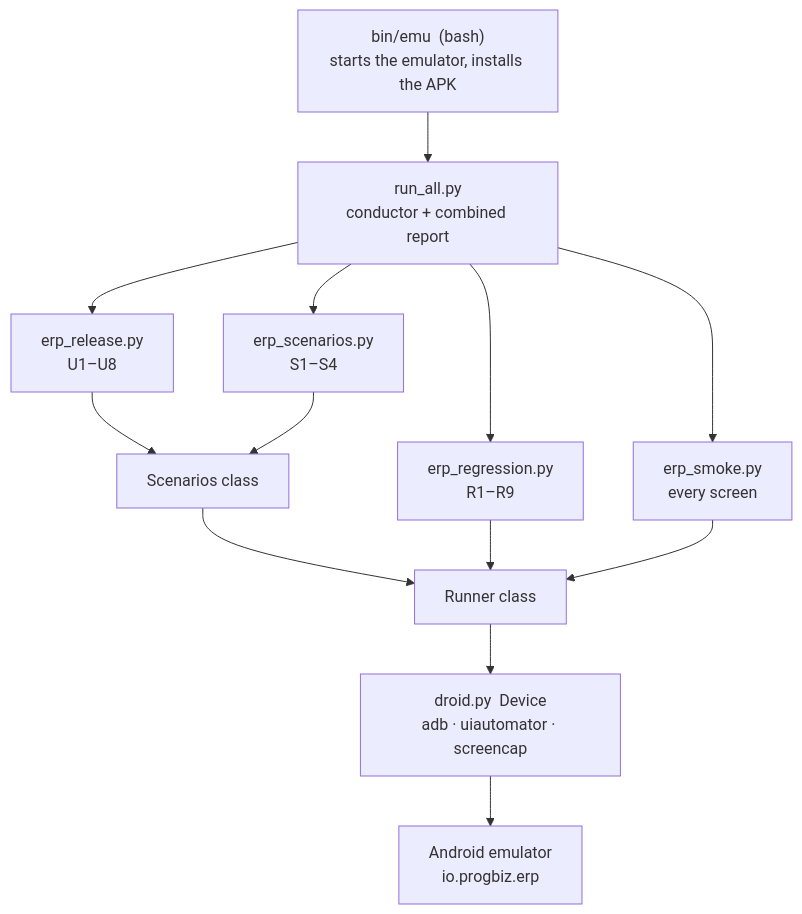
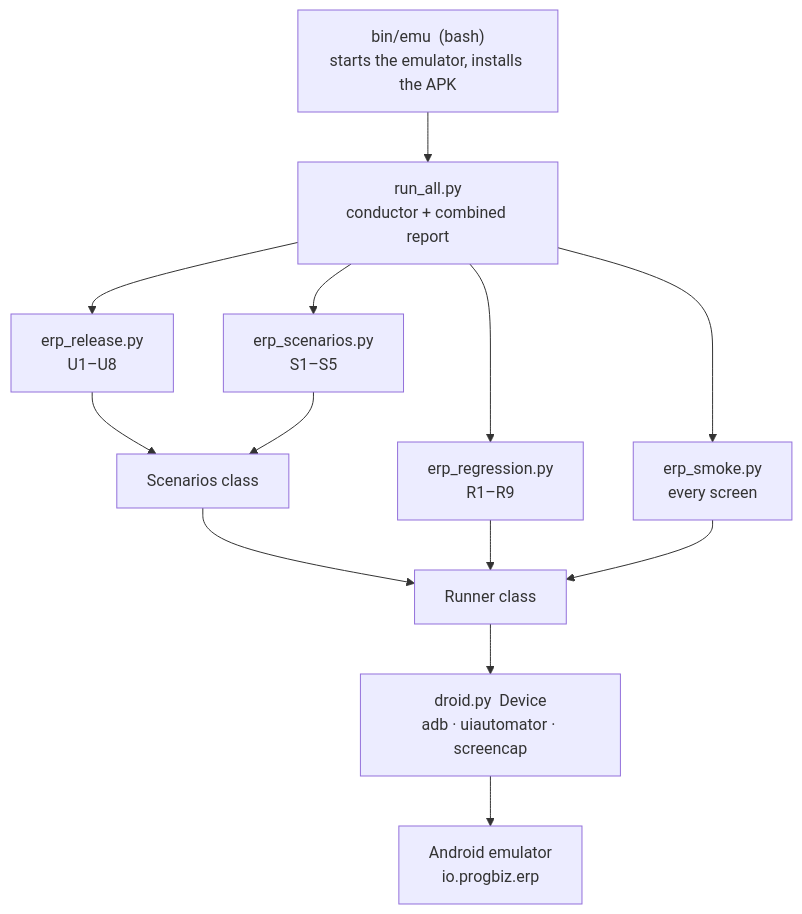
The diagram in mobile/docs/CODE-DETAILS.md (vismayatk/Progbiz-erp-testers), drawn with Mermaid before and after one commit. The commit also changed other lines of this file and 6 other files, not shown here.

First line of the commit message:
Add complaint creation flow (S5) to the mobile emulator tests

````diff
--- a/mobile/docs/CODE-DETAILS.md
+++ b/mobile/docs/CODE-DETAILS.md
@@ -17,15 +17,15 @@
 ```mermaid
 flowchart TD
     emu["bin/emu  (bash)<br/>starts the emulator, installs the APK"] --> runall["run_all.py<br/>conductor + combined report"]
     runall --> rel["erp_release.py<br/>U1–U8"]
-    runall --> crm["erp_scenarios.py<br/>S1–S4"]
+    runall --> crm["erp_scenarios.py<br/>S1–S5"]
     runall --> reg["erp_regression.py<br/>R1–R9"]
     runall --> smk["erp_smoke.py<br/>every screen"]
     rel --> sc[Scenarios class]
     sc --> rn[Runner class]
     crm --> sc
     reg --> rn
     smk --> rn
     rn --> drd["droid.py  Device<br/>adb · uiautomator · screencap"]
     drd --> app["Android emulator<br/>io.progbiz.erp"]
 ```
````
